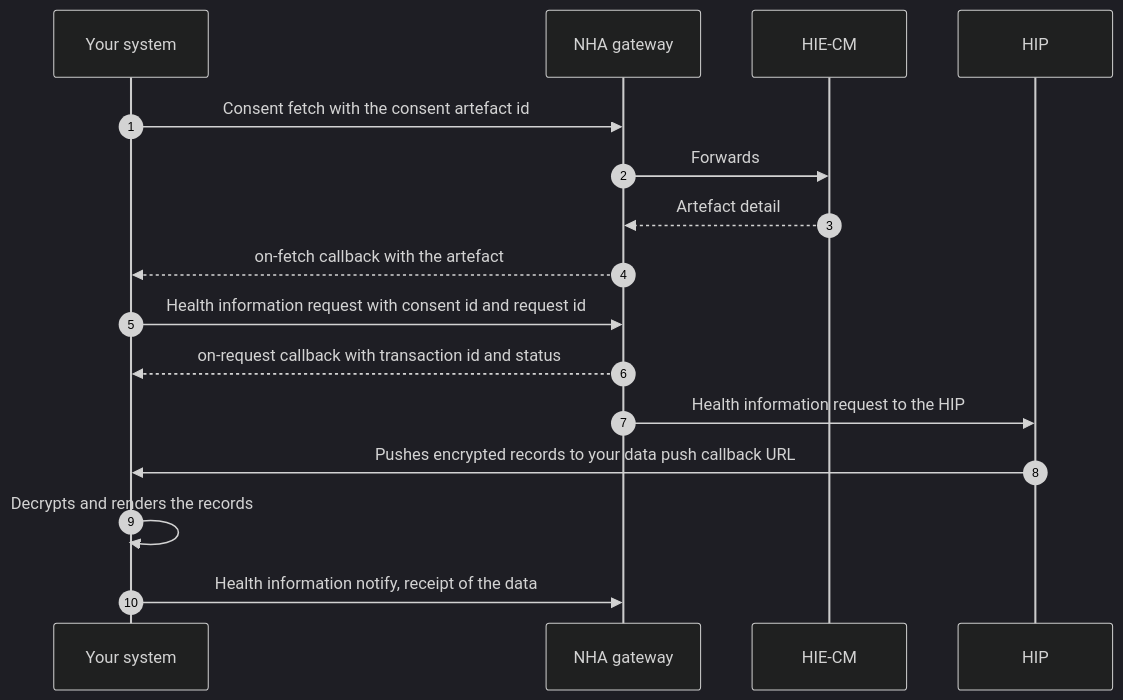
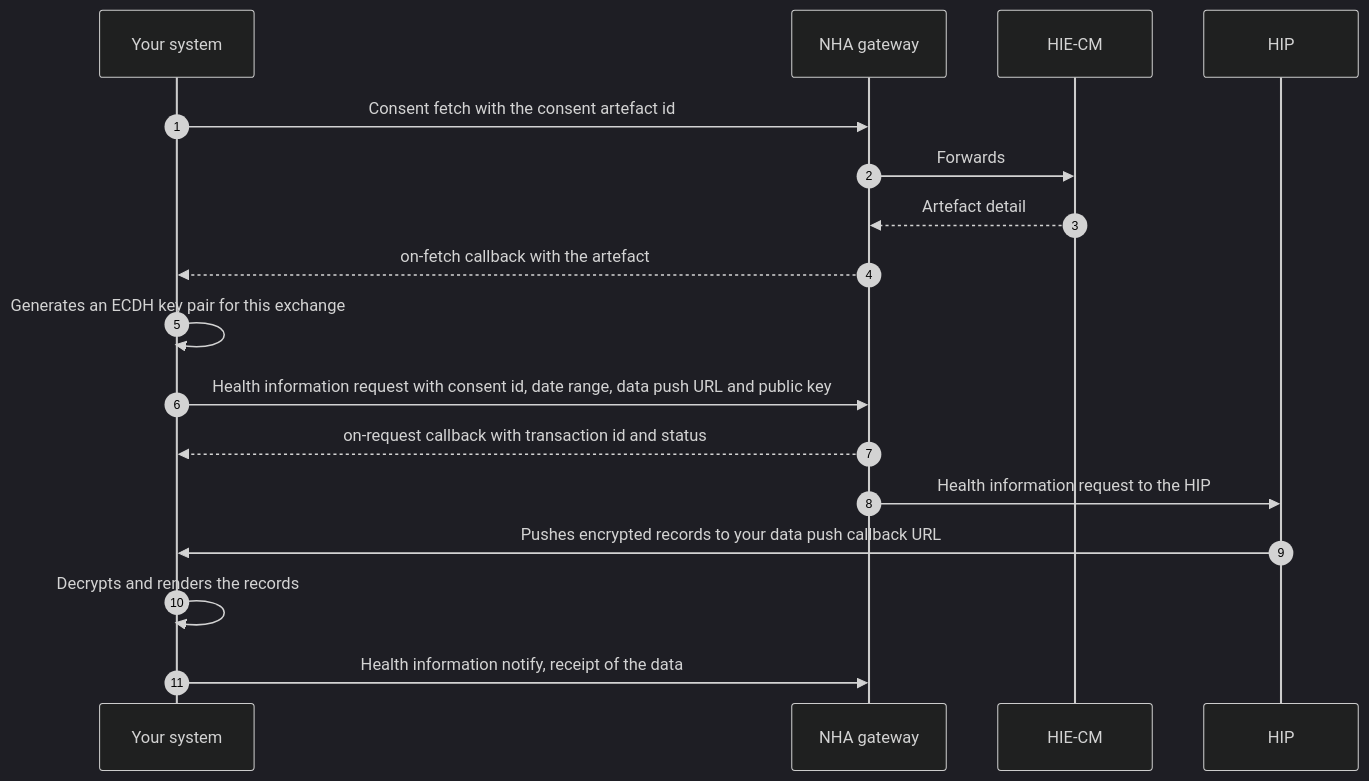
One commit to nha-in/docs changed the third of 3 diagrams in site/docs/hiecm/v3/api/m3/user-journey.md. Above: the diagram before and after it, drawn with Mermaid (dark theme). The commit also changed other lines of this file and 5 other files, not shown here.

First line of the commit message:
fix: stale M3 hash, unsupported frequency claims, and an unsourced M3 diagram detail

````diff
--- a/site/docs/hiecm/v3/api/m3/user-journey.md
+++ b/site/docs/hiecm/v3/api/m3/user-journey.md
@@ -84,18 +84,19 @@
 ```mermaid
 sequenceDiagram
     autonumber
     participant S as Your system
     participant G as NHA gateway
     participant C as HIE-CM
     participant H as HIP
     S->>G: Consent fetch with the consent artefact id
     G->>C: Forwards
     C-->>G: Artefact detail
     G-->>S: on-fetch callback with the artefact
-    S->>G: Health information request with consent id and request id
+    S->>S: Generates an ECDH key pair for this exchange
+    S->>G: Health information request with consent id, date range, data push URL and public key
     G-->>S: on-request callback with transaction id and status
     G->>H: Health information request to the HIP
     H->>S: Pushes encrypted records to your data push callback URL
     S->>S: Decrypts and renders the records
     S->>G: Health information notify, receipt of the data
 ```
````
